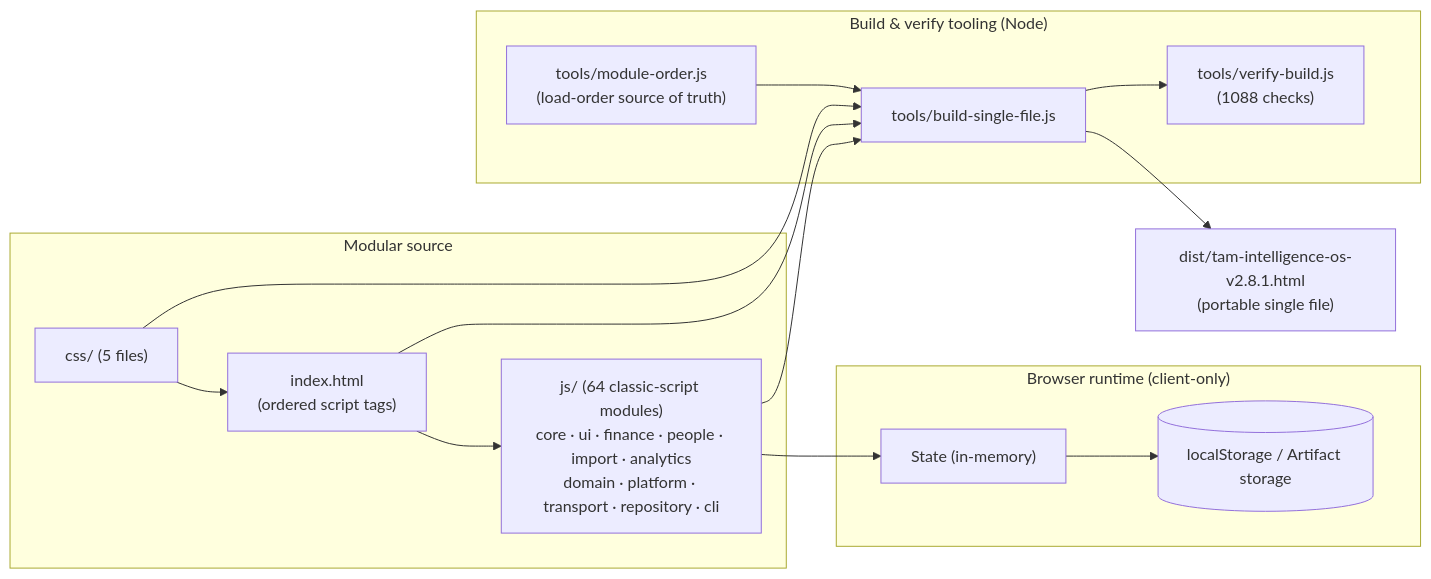
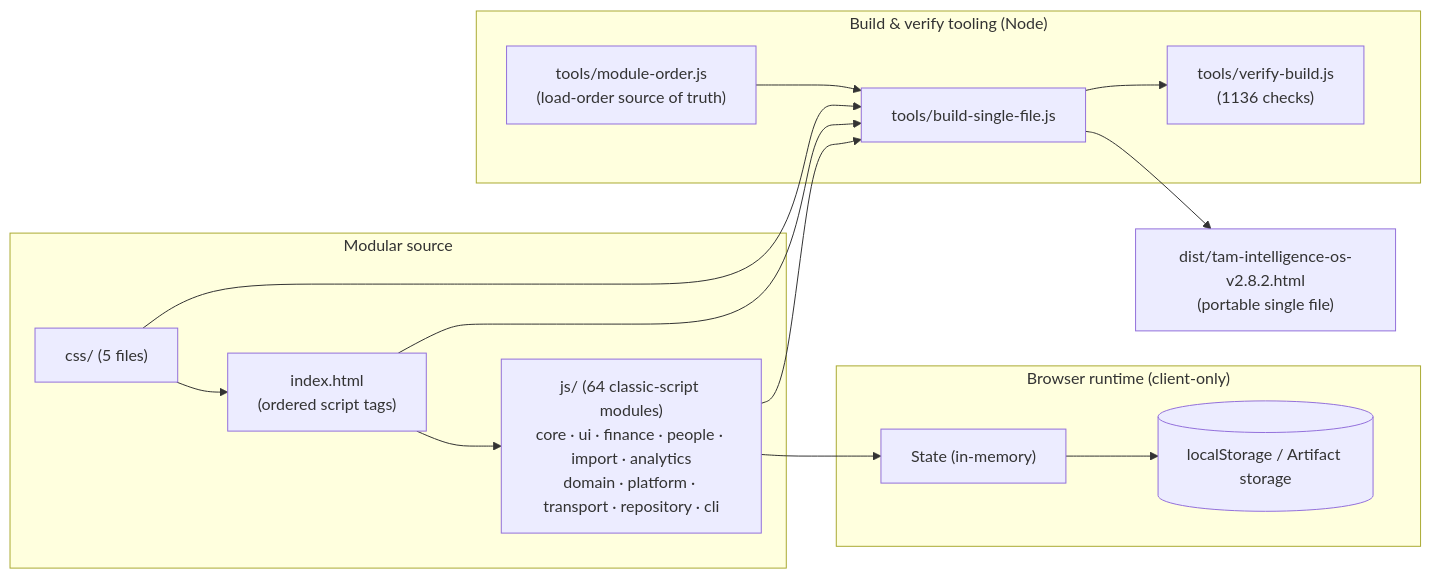
One commit to fanoryu/TAM-Intelligence-OS changed the first of 2 diagrams in README.md. Above: the diagram before and after it, drawn with Mermaid. The commit also changed other lines of this file and 2 other files, not shown here.

````diff
--- a/README.md
+++ b/README.md
@@ -154,27 +158,27 @@
 ```mermaid
 flowchart LR
   subgraph Source["Modular source"]
     IDX["index.html<br/>(ordered script tags)"]
     CSS["css/ (5 files)"]
     JS["js/ (64 classic-script modules)<br/>core · ui · finance · people · import · analytics<br/>domain · platform · transport · repository · cli"]
   end
   subgraph Runtime["Browser runtime (client-only)"]
     STATE["State (in-memory)"]
     LS[("localStorage / Artifact storage")]
   end
   subgraph Build["Build & verify tooling (Node)"]
     ORDER["tools/module-order.js<br/>(load-order source of truth)"]
     BUILD["tools/build-single-file.js"]
-    VERIFY["tools/verify-build.js<br/>(1088 checks)"]
+    VERIFY["tools/verify-build.js<br/>(1136 checks)"]
   end
-  DIST["dist/tam-intelligence-os-v2.8.1.html<br/>(portable single file)"]
+  DIST["dist/tam-intelligence-os-v2.8.2.html<br/>(portable single file)"]
 
   IDX --> JS --> STATE --> LS
   CSS --> IDX
   ORDER --> BUILD
   IDX --> BUILD
   CSS --> BUILD
   JS --> BUILD
   BUILD --> DIST
   BUILD --> VERIFY
 ```
````
